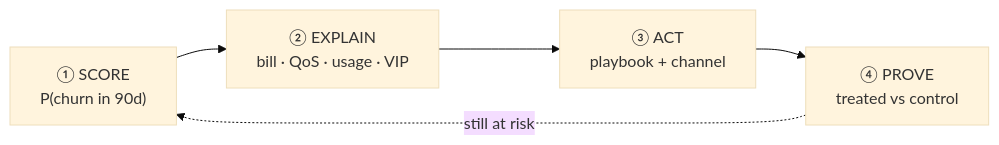
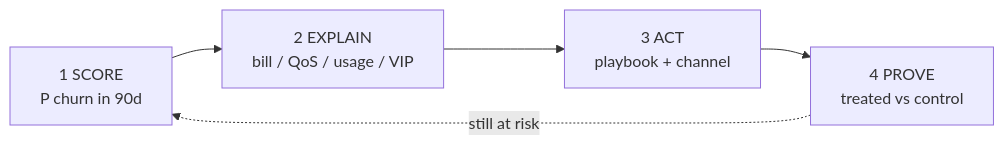
Before and after one commit to rasikakulkarni910/telco-6g-churn-loop: the first of 2 diagrams in README.md, drawn with Mermaid. The commit also changed other lines of this file, not shown here.

Commit message:
Make architecture visible without Mermaid: ASCII loop + safer diagram.
Drop Mermaid init directives that can fail on GitHub; lead with a plain SCORE → EXPLAIN → ACT → PROVE block.

````diff
--- a/README.md
+++ b/README.md
@@ -62,11 +68,10 @@
 ```mermaid
-%%{init: {'theme': 'base', 'themeVariables': { 'fontSize': '16px' }}}%%
 flowchart LR
-  S["① SCORE<br/>P(churn in 90d)"]
-  E["② EXPLAIN<br/>bill · QoS · usage · VIP"]
-  A["③ ACT<br/>playbook + channel"]
-  P["④ PROVE<br/>treated vs control"]
+  S["1 SCORE<br/>P churn in 90d"]
+  E["2 EXPLAIN<br/>bill / QoS / usage / VIP"]
+  A["3 ACT<br/>playbook + channel"]
+  P["4 PROVE<br/>treated vs control"]
 
   S --> E --> A --> P
   P -.->|still at risk| S
 ```
````
